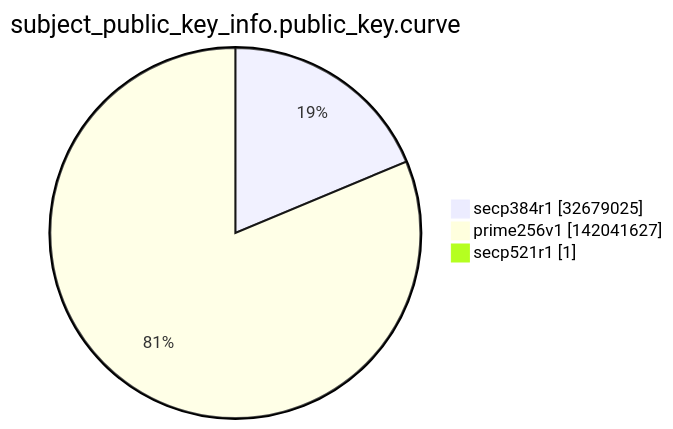
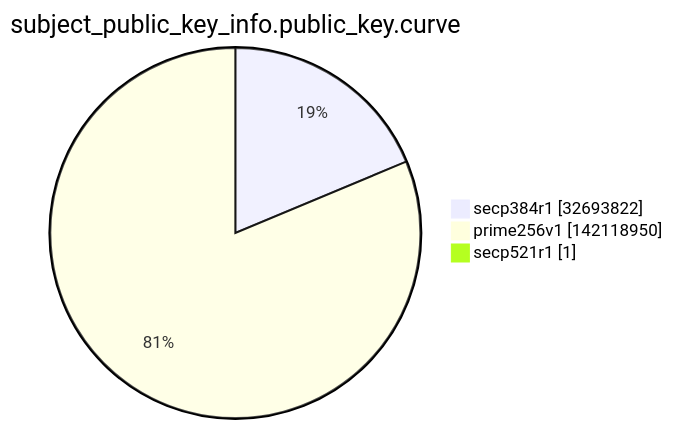
One commit to christiankrug/ctmonitor_visualization changed the ninth of 15 diagrams in argon2022/README.md. Above: the diagram before and after it, drawn with Mermaid. The commit also changed other lines of this file, not shown here.

````diff
--- a/argon2022/README.md
+++ b/argon2022/README.md
@@ -2763,7 +2763,7 @@
 ```mermaid
 pie showData
 title subject_public_key_info.public_key.curve
-"secp384r1" :32679025
-"prime256v1" :142041627
+"secp384r1" :32693822
+"prime256v1" :142118950
 "secp521r1" :1
 ```
````
